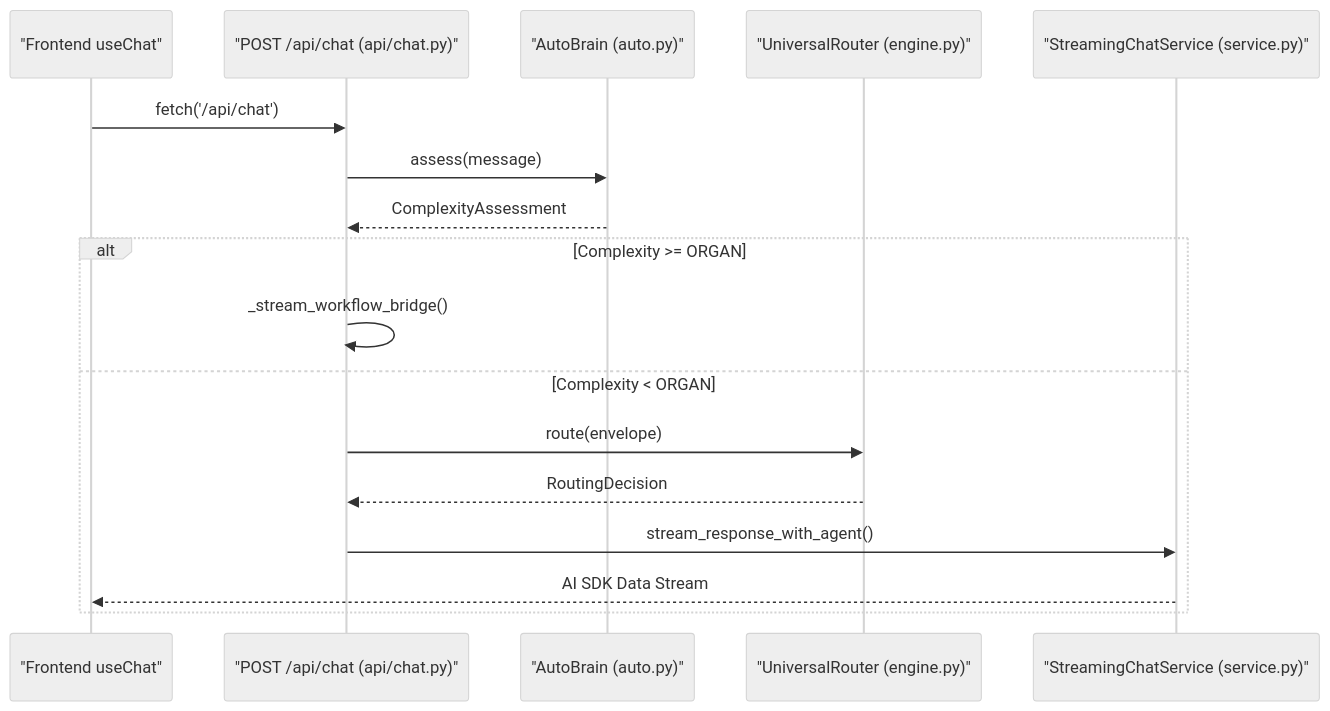
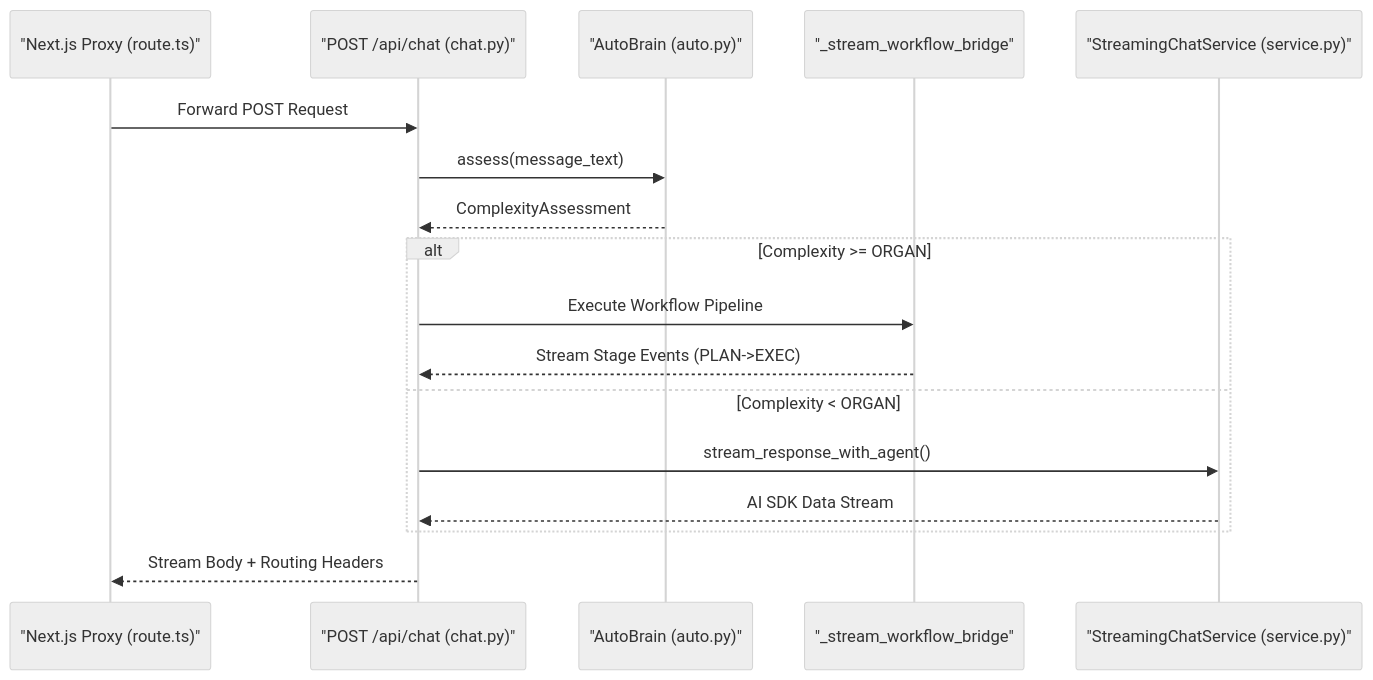
One commit to AutomatosAI/automatos-ai changed the first of 3 diagrams in docs/chat-interface/chat-api-streaming.md. Above: the diagram before and after it, drawn with Mermaid (neutral theme). The commit also changed other lines of this file and 153 other files, not shown here.

````diff
--- a/docs/chat-interface/chat-api-streaming.md
+++ b/docs/chat-interface/chat-api-streaming.md
@@ -99,21 +85,21 @@
 ```mermaid
 sequenceDiagram
-    participant UI as "Frontend useChat"
-    participant API as "POST /api/chat (api/chat.py)"
+    participant Proxy as "Next.js Proxy (route.ts)"
+    participant API as "POST /api/chat (chat.py)"
     participant Auto as "AutoBrain (auto.py)"
-    participant Router as "UniversalRouter (engine.py)"
+    participant Bridge as "_stream_workflow_bridge"
     participant Stream as "StreamingChatService (service.py)"
 
-    UI->>API: fetch('/api/chat')
-    API->>Auto: assess(message)
+    Proxy->>API: Forward POST Request
+    API->>Auto: assess(message_text)
     Auto-->>API: ComplexityAssessment
     
     alt Complexity >= ORGAN
-        API->>API: _stream_workflow_bridge()
+        API->>Bridge: Execute Workflow Pipeline
+        Bridge-->>API: Stream Stage Events (PLAN->EXEC)
     else Complexity < ORGAN
-        API->>Router: route(envelope)
-        Router-->>API: RoutingDecision
         API->>Stream: stream_response_with_agent()
-        Stream-->>UI: AI SDK Data Stream
+        Stream-->>API: AI SDK Data Stream
     end
+    API-->>Proxy: Stream Body + Routing Headers
 ```
````
